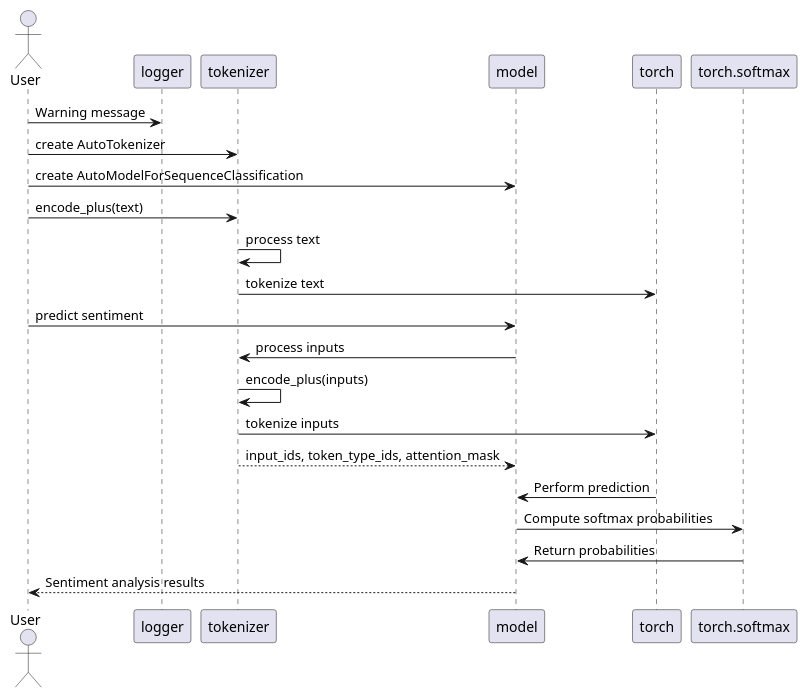
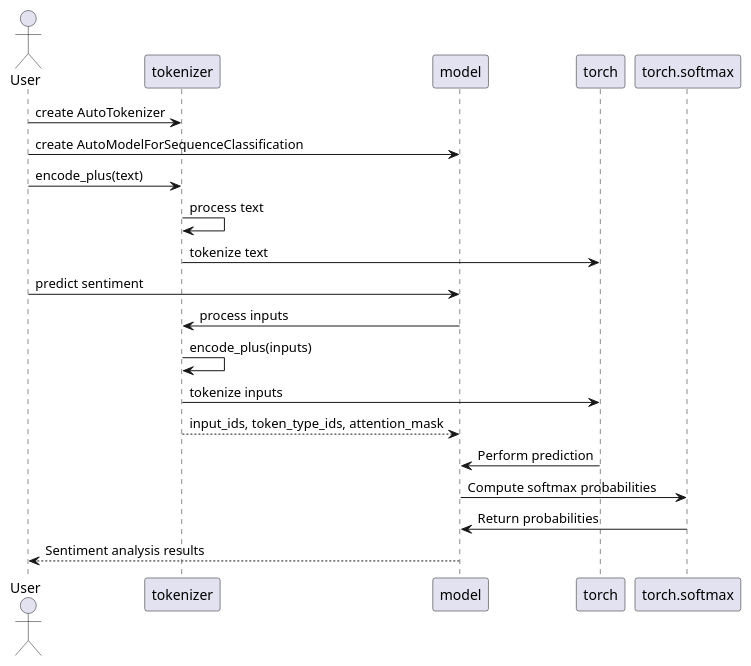
The diagram in docs/diagram/ai.plantuml (AlgoETS/AINewsTracker), drawn with PlantUML before and after one commit. The commit also changed 50 other files, not shown here.

Commit message:
Feature/architecture (#3) (#32)

```diff
--- a/docs/diagram/ai.plantuml
+++ b/docs/diagram/ai.plantuml
@@ -1,21 +1,20 @@
 @startuml
 actor User
 
-User -> logger: Warning message
 User -> tokenizer: create AutoTokenizer
 User -> model: create AutoModelForSequenceClassification
 
 User -> tokenizer: encode_plus(text)
 tokenizer -> tokenizer: process text
 tokenizer -> torch: tokenize text
 
 User -> model: predict sentiment
 model -> tokenizer: process inputs
 tokenizer -> tokenizer: encode_plus(inputs)
 tokenizer -> torch: tokenize inputs
 tokenizer --> model: input_ids, token_type_ids, attention_mask
 torch -> model: Perform prediction
 model -> torch.softmax: Compute softmax probabilities
 torch.softmax -> model: Return probabilities
 model --> User: Sentiment analysis results
 @enduml
```
